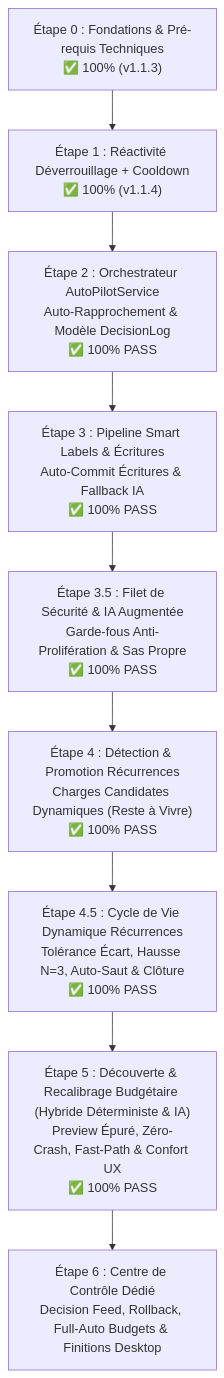
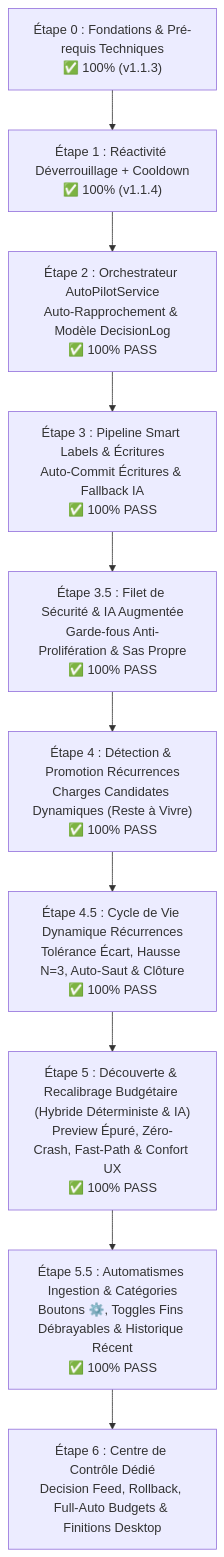
The diagram in docs/AUTO_PILOT_ROADMAP.md (Aschefr/OmniBank-Local), drawn with Mermaid before and after one commit. The commit also changed other lines of this file and 19 other files, not shown here.

````diff
--- a/docs/AUTO_PILOT_ROADMAP.md
+++ b/docs/AUTO_PILOT_ROADMAP.md
@@ -554,11 +585,12 @@
 ```mermaid
 graph TD
     Z["Étape 0 : Fondations & Pré-requis Techniques<br/>✅ 100% (v1.1.3)"] --> A["Étape 1 : Réactivité Déverrouillage + Cooldown<br/>✅ 100% (v1.1.4)"]
     A --> B["Étape 2 : Orchestrateur AutoPilotService<br/>Auto-Rapprochement & Modèle DecisionLog<br/>✅ 100% PASS"]
     B --> C["Étape 3 : Pipeline Smart Labels & Écritures<br/>Auto-Commit Écritures & Fallback IA<br/>✅ 100% PASS"]
     C --> C1["Étape 3.5 : Filet de Sécurité & IA Augmentée<br/>Garde-fous Anti-Prolifération & Sas Propre<br/>✅ 100% PASS"]
     C1 --> D["Étape 4 : Détection & Promotion Récurrences<br/>Charges Candidates Dynamiques (Reste à Vivre)<br/>✅ 100% PASS"]
     D --> D1["Étape 4.5 : Cycle de Vie Dynamique Récurrences<br/>Tolérance Écart, Hausse N=3, Auto-Saut & Clôture<br/>✅ 100% PASS"]
     D1 --> E["Étape 5 : Découverte & Recalibrage Budgétaire (Hybride Déterministe & IA)<br/>Preview Épuré, Zéro-Crash, Fast-Path & Confort UX<br/>✅ 100% PASS"]
-    E --> F["Étape 6 : Centre de Contrôle Dédié<br/>Decision Feed, Rollback, Full-Auto Budgets & Finitions Desktop"]
+    E --> E1["Étape 5.5 : Automatismes Ingestion & Catégories<br/>Boutons ⚙️, Toggles Fins Débrayables & Historique Récent<br/>✅ 100% PASS"]
+    E1 --> F["Étape 6 : Centre de Contrôle Dédié<br/>Decision Feed, Rollback, Full-Auto Budgets & Finitions Desktop"]
 ```
````
